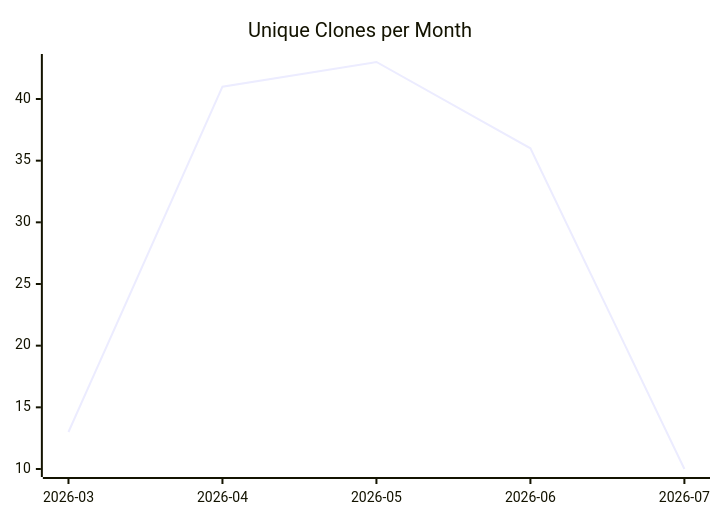
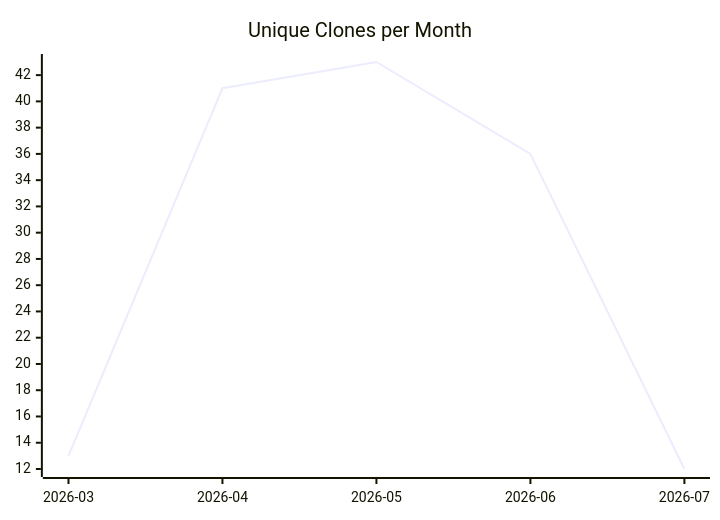
The third of 3 diagrams in karlmdavis/usgs-water-api-java/README.md (justdavis-family/github-analytics-data), drawn with Mermaid before and after one commit. The commit also changed other lines of this file and 185 other files, not shown here.

````diff
--- a/karlmdavis/usgs-water-api-java/README.md
+++ b/karlmdavis/usgs-water-api-java/README.md
@@ -19,6 +19,6 @@
 ```mermaid
 xychart-beta
   title "Unique Clones per Month"
   x-axis ["2026-03", "2026-04", "2026-05", "2026-06", "2026-07"]
-  line [13, 41, 43, 36, 10]
+  line [13, 41, 43, 36, 12]
 ```
````
